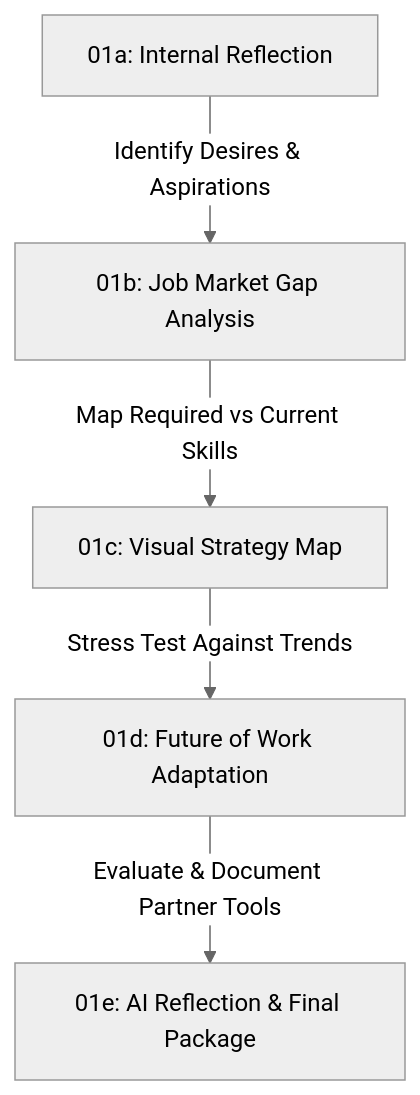
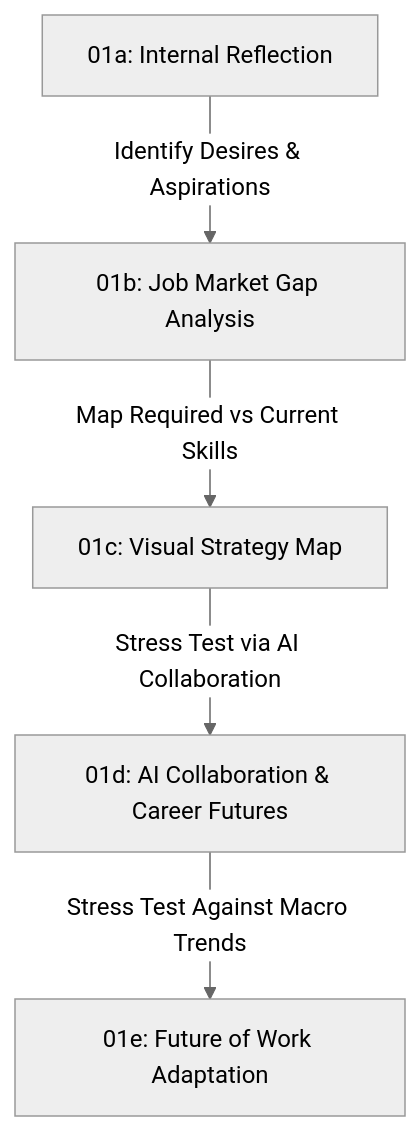
One commit to entertainmenttechnology/Smith-MTEC4502-2026F changed the diagram in assignments/01_Career_Strategy_Master_Overview.md. Above: the diagram before and after it, drawn with Mermaid (neutral theme). The commit also changed other lines of this file and 7 other files, not shown here.

````diff
--- a/assignments/01_Career_Strategy_Master_Overview.md
+++ b/assignments/01_Career_Strategy_Master_Overview.md
@@ -46,7 +48,7 @@
 ```mermaid
 flowchart TD
     A[01a: Internal Reflection] -->|Identify Desires & Aspirations| B[01b: Job Market Gap Analysis]
     B -->|Map Required vs Current Skills| C[01c: Visual Strategy Map]
-    C -->|Stress Test Against Trends| D[01d: Future of Work Adaptation]
-    D -->|Evaluate & Document Partner Tools| E[01e: AI Reflection & Final Package]
+    C -->|Stress Test via AI Collaboration| D[01d: AI Collaboration & Career Futures]
+    D -->|Stress Test Against Macro Trends| E[01e: Future of Work Adaptation]
 ```
````
